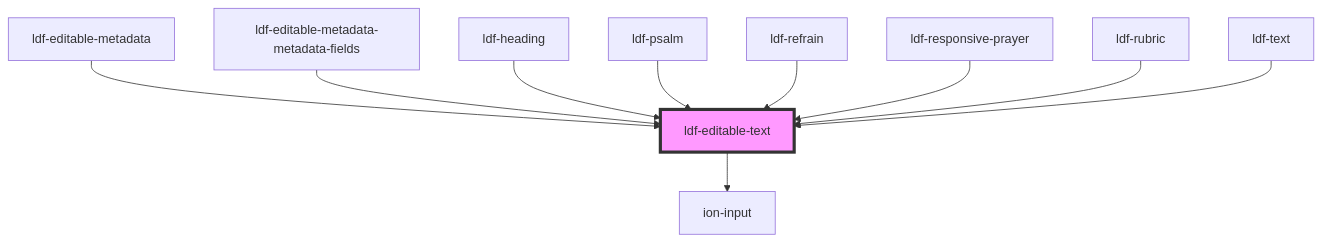
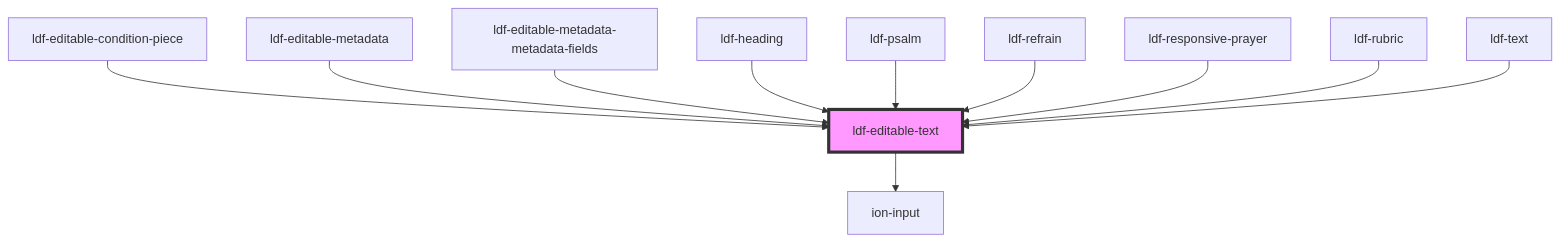
The diagram in components/src/components/editable-text/readme.md (gbj/venite), drawn with Mermaid before and after one commit. The commit also changed other lines of this file and 13 other files, not shown here.

````diff
--- a/components/src/components/editable-text/readme.md
+++ b/components/src/components/editable-text/readme.md
@@ -48,13 +49,14 @@
 ```mermaid
 graph TD;
   ldf-editable-text --> ion-input
+  ldf-editable-condition-piece --> ldf-editable-text
   ldf-editable-metadata --> ldf-editable-text
   ldf-editable-metadata-metadata-fields --> ldf-editable-text
   ldf-heading --> ldf-editable-text
   ldf-psalm --> ldf-editable-text
   ldf-refrain --> ldf-editable-text
   ldf-responsive-prayer --> ldf-editable-text
   ldf-rubric --> ldf-editable-text
   ldf-text --> ldf-editable-text
   style ldf-editable-text fill:#f9f,stroke:#333,stroke-width:4px
 ```
````
